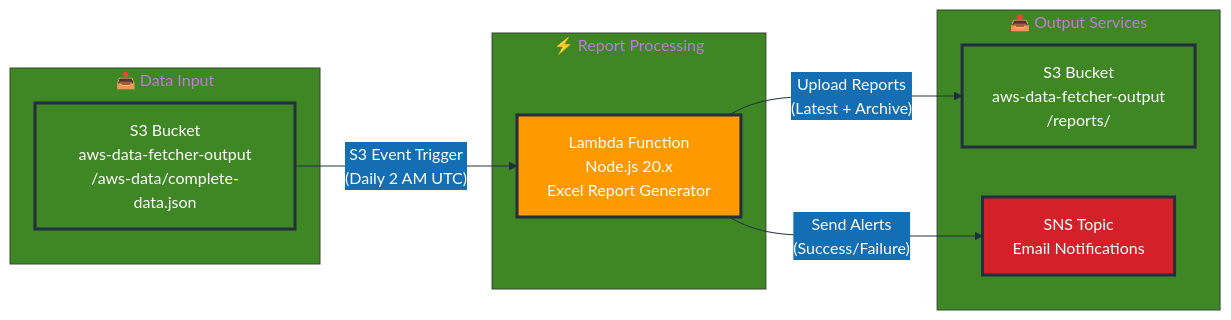
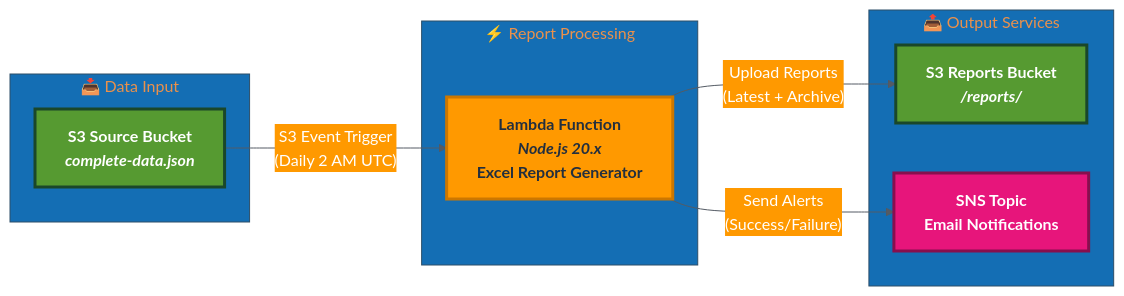
Before and after one commit to jxman/nodejs-aws-reporter: the diagram in README.md, drawn with Mermaid.

Commit message:
style: Improve Mermaid diagram color contrast and readability
- Brighter S3 green (#569A31) with white text for better readability
- Lambda orange with dark text instead of white for better contrast
- Bright SNS magenta (#E7157B) for better visibility
- Add bold formatting to service names
- Add italic formatting for technical details
- Darker complementary borders for each service
- Simplified, cleaner labels

🤖 Generated with [Claude Code](https://claude.com/claude-code)

````diff
--- a/README.md
+++ b/README.md
@@ -27,28 +27,28 @@
 ```mermaid
-%%{init: {'theme':'base', 'themeVariables': { 'primaryColor':'#FF9900','primaryTextColor':'#fff','primaryBorderColor':'#232F3E','lineColor':'#232F3E','secondaryColor':'#146EB4','tertiaryColor':'#3F8624'}}}%%
+%%{init: {'theme':'base', 'themeVariables': { 'primaryColor':'#232F3E','primaryTextColor':'#fff','primaryBorderColor':'#FF9900','lineColor':'#545B64','secondaryColor':'#FF9900','tertiaryColor':'#146EB4'}}}%%
 graph LR
     subgraph Input["📥 Data Input"]
-        S3_IN["S3 Bucket<br/>aws-data-fetcher-output<br/>/aws-data/complete-data.json"]
+        S3_IN["<b>S3 Source Bucket</b><br/><i>complete-data.json</i>"]
     end
 
     subgraph Processing["⚡ Report Processing"]
-        LAMBDA["Lambda Function<br/>Node.js 20.x<br/>Excel Report Generator"]
+        LAMBDA["<b>Lambda Function</b><br/><i>Node.js 20.x</i><br/>Excel Report Generator"]
     end
 
     subgraph Output["📤 Output Services"]
-        S3_OUT["S3 Bucket<br/>aws-data-fetcher-output<br/>/reports/"]
-        SNS["SNS Topic<br/>Email Notifications"]
+        S3_OUT["<b>S3 Reports Bucket</b><br/><i>/reports/</i>"]
+        SNS["<b>SNS Topic</b><br/>Email Notifications"]
     end
 
     S3_IN -->|"S3 Event Trigger<br/>(Daily 2 AM UTC)"| LAMBDA
     LAMBDA -->|"Upload Reports<br/>(Latest + Archive)"| S3_OUT
     LAMBDA -->|"Send Alerts<br/>(Success/Failure)"| SNS
 
-    classDef s3Style fill:#3F8624,stroke:#232F3E,stroke-width:3px,color:#fff
-    classDef lambdaStyle fill:#FF9900,stroke:#232F3E,stroke-width:3px,color:#fff
-    classDef snsStyle fill:#D42029,stroke:#232F3E,stroke-width:3px,color:#fff
+    classDef s3Style fill:#569A31,stroke:#1A472A,stroke-width:3px,color:#fff,font-weight:bold
+    classDef lambdaStyle fill:#FF9900,stroke:#CC7700,stroke-width:3px,color:#232F3E,font-weight:bold
+    classDef snsStyle fill:#E7157B,stroke:#870F4E,stroke-width:3px,color:#fff,font-weight:bold
 
     class S3_IN,S3_OUT s3Style
     class LAMBDA lambdaStyle
     class SNS snsStyle
 ```
````
